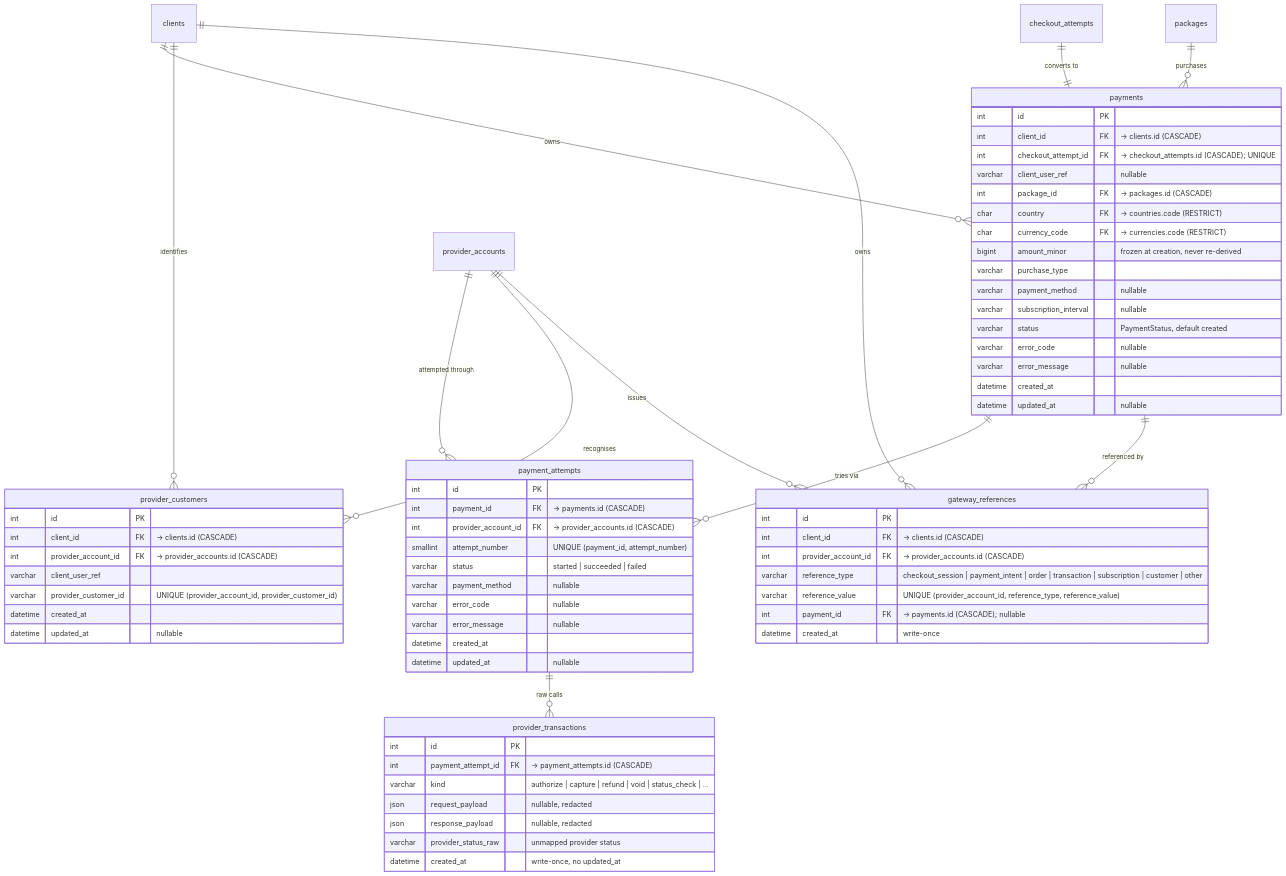
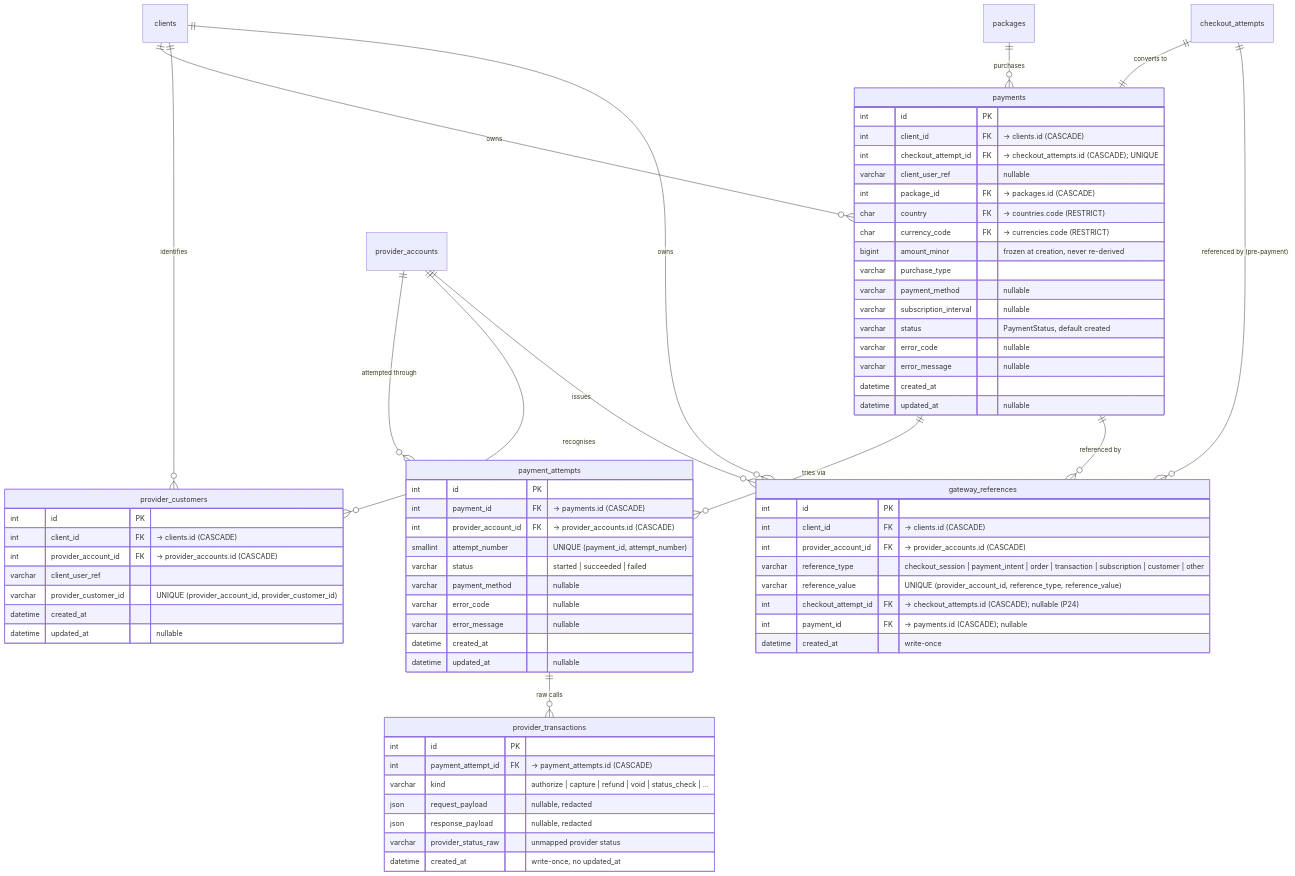
One commit to mahsashahi/Gomrok changed diagram 17 of 17 in .claude/docs/database-diagram.md. Above: the diagram before and after it, drawn with Mermaid. The commit also changed other lines of this file and 85 other files, not shown here.

````diff
--- a/.claude/docs/database-diagram.md
+++ b/.claude/docs/database-diagram.md
@@ -809,72 +809,74 @@
 ```mermaid
 erDiagram
     payments {
         int id PK
         int client_id FK "-> clients.id (CASCADE)"
         int checkout_attempt_id FK "-> checkout_attempts.id (CASCADE); UNIQUE"
         varchar client_user_ref "nullable"
         int package_id FK "-> packages.id (CASCADE)"
         char country FK "-> countries.code (RESTRICT)"
         char currency_code FK "-> currencies.code (RESTRICT)"
         bigint amount_minor "frozen at creation, never re-derived"
         varchar purchase_type
         varchar payment_method "nullable"
         varchar subscription_interval "nullable"
         varchar status "PaymentStatus, default created"
         varchar error_code "nullable"
         varchar error_message "nullable"
         datetime created_at
         datetime updated_at "nullable"
     }
     payment_attempts {
         int id PK
         int payment_id FK "-> payments.id (CASCADE)"
         int provider_account_id FK "-> provider_accounts.id (CASCADE)"
         smallint attempt_number "UNIQUE (payment_id, attempt_number)"
         varchar status "started | succeeded | failed"
         varchar payment_method "nullable"
         varchar error_code "nullable"
         varchar error_message "nullable"
         datetime created_at
         datetime updated_at "nullable"
     }
     provider_transactions {
         int id PK
         int payment_attempt_id FK "-> payment_attempts.id (CASCADE)"
         varchar kind "authorize | capture | refund | void | status_check | ..."
         json request_payload "nullable, redacted"
         json response_payload "nullable, redacted"
         varchar provider_status_raw "unmapped provider status"
         datetime created_at "write-once, no updated_at"
     }
     provider_customers {
         int id PK
         int client_id FK "-> clients.id (CASCADE)"
         int provider_account_id FK "-> provider_accounts.id (CASCADE)"
         varchar client_user_ref
         varchar provider_customer_id "UNIQUE (provider_account_id, provider_customer_id)"
         datetime created_at
         datetime updated_at "nullable"
     }
     gateway_references {
         int id PK
         int client_id FK "-> clients.id (CASCADE)"
         int provider_account_id FK "-> provider_accounts.id (CASCADE)"
         varchar reference_type "checkout_session | payment_intent | order | transaction | subscription | customer | other"
         varchar reference_value "UNIQUE (provider_account_id, reference_type, reference_value)"
+        int checkout_attempt_id FK "-> checkout_attempts.id (CASCADE); nullable (P24)"
         int payment_id FK "-> payments.id (CASCADE); nullable"
         datetime created_at "write-once"
     }
 
     clients ||--o{ payments : "owns"
     checkout_attempts ||--|| payments : "converts to"
     packages ||--o{ payments : "purchases"
     payments ||--o{ payment_attempts : "tries via"
     provider_accounts ||--o{ payment_attempts : "attempted through"
     payment_attempts ||--o{ provider_transactions : "raw calls"
     clients ||--o{ provider_customers : "identifies"
     provider_accounts ||--o{ provider_customers : "recognises"
     clients ||--o{ gateway_references : "owns"
     provider_accounts ||--o{ gateway_references : "issues"
+    checkout_attempts ||--o{ gateway_references : "referenced by (pre-payment)"
     payments ||--o{ gateway_references : "referenced by"
 ```
````
